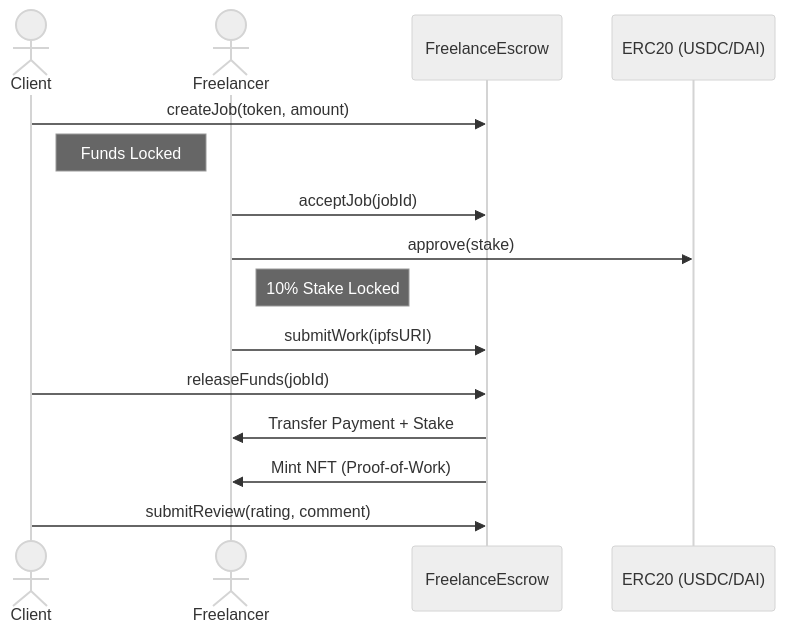
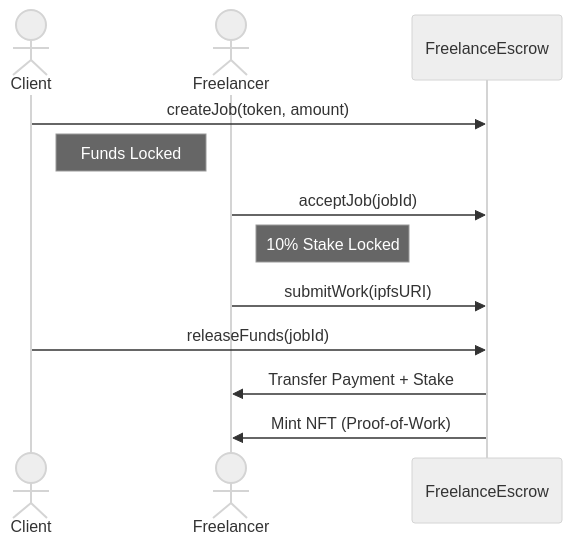
One commit to BalaramTaddi/polygon-freelance-marketplace changed the diagram in README.md. Above: the diagram before and after it, drawn with Mermaid (neutral theme). The commit also changed other lines of this file, not shown here.

````diff
--- a/README.md
+++ b/README.md
@@ -81,22 +55,18 @@
 ```mermaid
 sequenceDiagram
     actor Client
     actor Freelancer
     participant Contract as FreelanceEscrow
-    participant Token as ERC20 (USDC/DAI)
-
+    
     Client->>Contract: createJob(token, amount)
     Note right of Client: Funds Locked
     
     Freelancer->>Contract: acceptJob(jobId)
-    Freelancer->>Token: approve(stake)
     Note right of Freelancer: 10% Stake Locked
     
     Freelancer->>Contract: submitWork(ipfsURI)
     
     Client->>Contract: releaseFunds(jobId)
     Contract->>Freelancer: Transfer Payment + Stake
     Contract->>Freelancer: Mint NFT (Proof-of-Work)
-    
-    Client->>Contract: submitReview(rating, comment)
 ```
````
